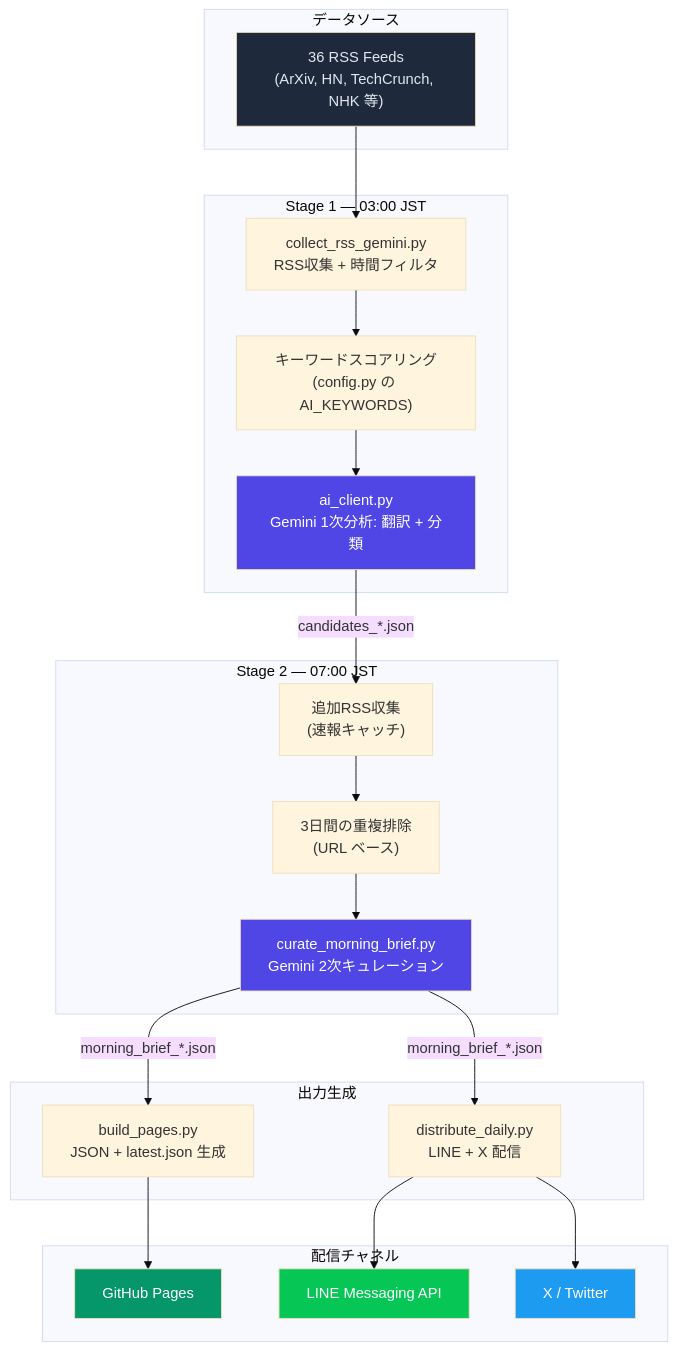
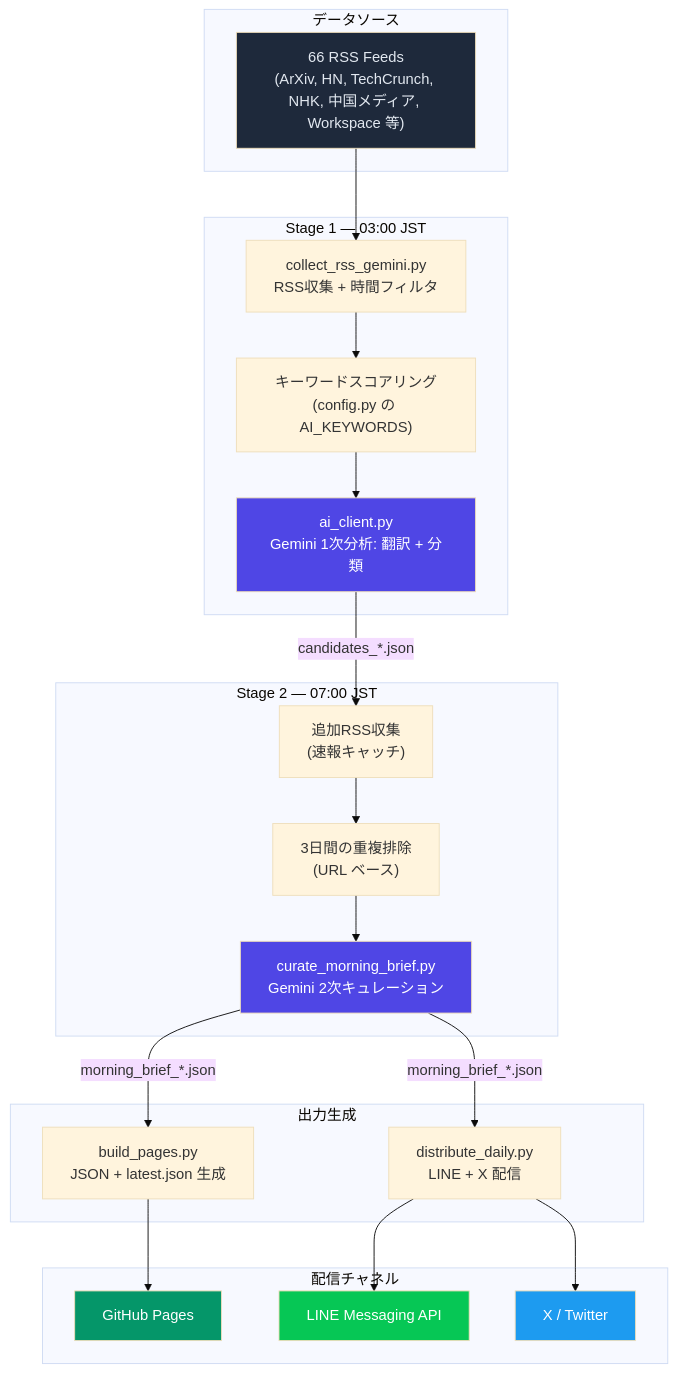
Before and after one commit to TadFuji/ai-news-bot: the diagram in README.md, drawn with Mermaid (base theme). The commit also changed other lines of this file and 13 other files, not shown here.

````diff
--- a/README.md
+++ b/README.md
@@ -63,45 +70,45 @@
 ```mermaid
 graph TD
     subgraph "データソース"
-        RSS["36 RSS Feeds<br/>(ArXiv, HN, TechCrunch, NHK 等)"]
+        RSS["66 RSS Feeds<br/>(ArXiv, HN, TechCrunch, NHK, 中国メディア, Workspace 等)"]
     end
 
     subgraph "Stage 1 — 03:00 JST"
         COLLECT["collect_rss_gemini.py<br/>RSS収集 + 時間フィルタ"]
         SCORE["キーワードスコアリング<br/>(config.py の AI_KEYWORDS)"]
         GEMINI1["ai_client.py<br/>Gemini 1次分析: 翻訳 + 分類"]
     end
 
     subgraph "Stage 2 — 07:00 JST"
         FRESH["追加RSS収集<br/>(速報キャッチ)"]
         DEDUP["3日間の重複排除<br/>(URL ベース)"]
         GEMINI2["curate_morning_brief.py<br/>Gemini 2次キュレーション"]
     end
 
     subgraph "出力生成"
         BUILD["build_pages.py<br/>JSON + latest.json 生成"]
         DIST["distribute_daily.py<br/>LINE + X 配信"]
     end
 
     subgraph "配信チャネル"
         WEB["GitHub Pages"]
         LINE["LINE Messaging API"]
         X["X / Twitter"]
     end
 
     RSS --> COLLECT --> SCORE --> GEMINI1
     GEMINI1 -->|"candidates_*.json"| FRESH
     FRESH --> DEDUP --> GEMINI2
     GEMINI2 -->|"morning_brief_*.json"| BUILD
     GEMINI2 -->|"morning_brief_*.json"| DIST
     BUILD --> WEB
     DIST --> LINE
     DIST --> X
 
     style RSS fill:#1e293b,color:#e2e8f0
     style GEMINI1 fill:#4f46e5,color:#fff
     style GEMINI2 fill:#4f46e5,color:#fff
     style WEB fill:#059669,color:#fff
     style LINE fill:#06c755,color:#fff
     style X fill:#1d9bf0,color:#fff
 ```
````
